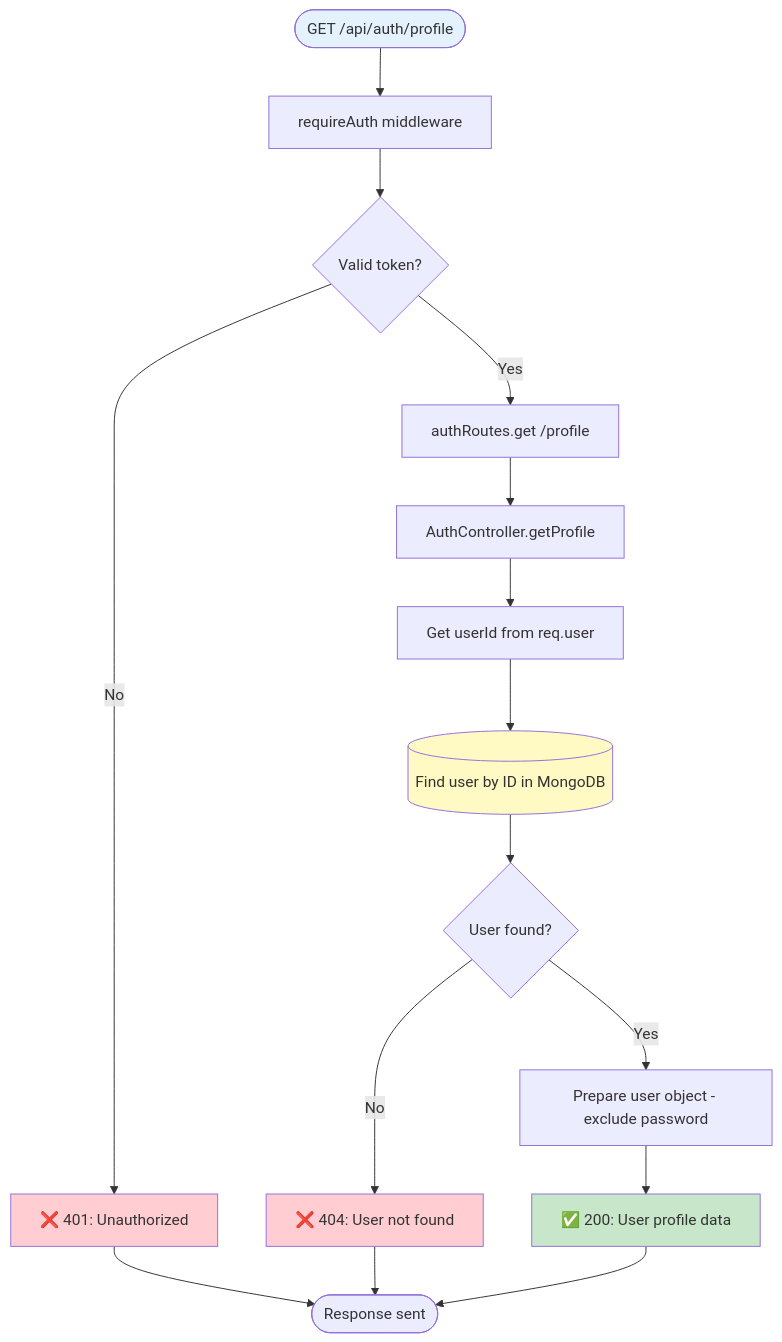
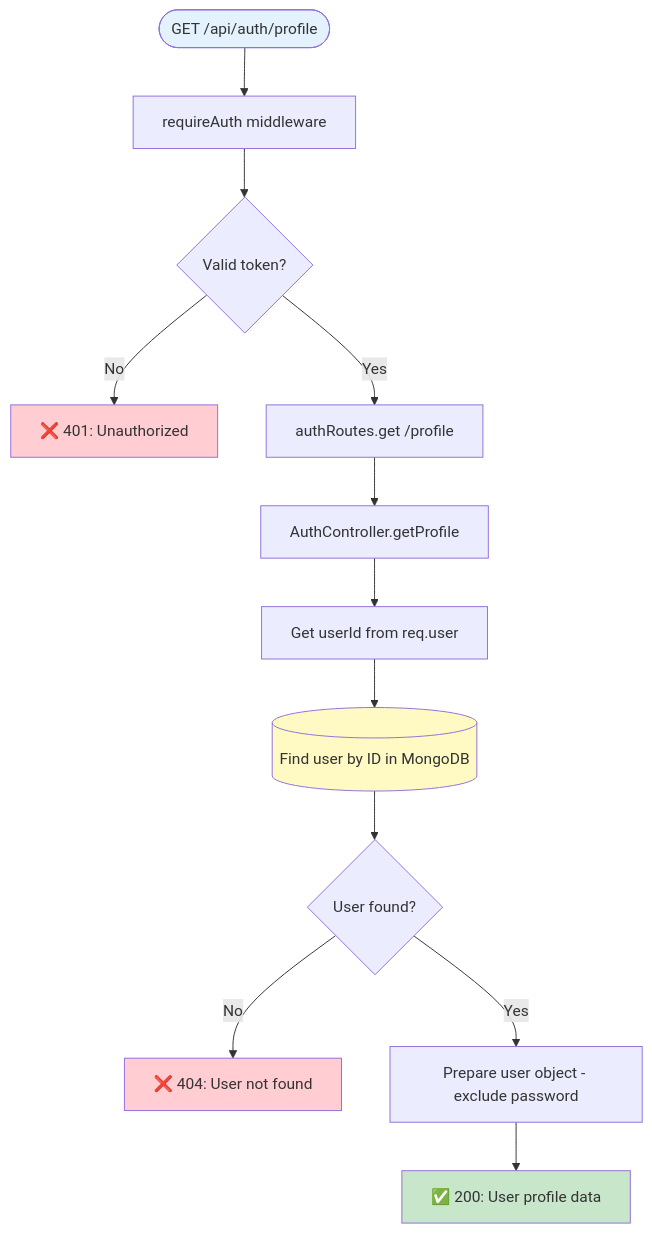
One commit to shmuelkapiloff/simple- changed the fifth of 26 diagrams in docs/SERVER_ENDPOINTS_MAP.md. Above: the diagram before and after it, drawn with Mermaid. The commit also changed other lines of this file, not shown here.

Commit message:
fix: Remove End nodes from flowcharts to fix GitHub Mermaid rendering

````diff
--- a/docs/SERVER_ENDPOINTS_MAP.md
+++ b/docs/SERVER_ENDPOINTS_MAP.md
@@ -267,26 +249,23 @@
 ```mermaid
 flowchart TD
     Request([GET /api/auth/profile]) --> RequireAuth[requireAuth middleware]
     RequireAuth --> CheckToken{Valid token?}
     CheckToken -->|No| Return401["❌ 401: Unauthorized"]
     CheckToken -->|Yes| RouteHandler[authRoutes.get /profile]
     
     RouteHandler --> Controller[AuthController.getProfile]
     Controller --> GetUserId[Get userId from req.user]
     GetUserId --> FindUser[(Find user by ID in MongoDB)]
     
     FindUser --> UserExists{User found?}
     UserExists -->|No| Return404["❌ 404: User not found"]
     UserExists -->|Yes| PrepareResponse[Prepare user object - exclude password]
     PrepareResponse --> Return200["✅ 200: User profile data"]
     
-    Return401 --> End([Response sent])
-    Return404 --> End
-    Return200 --> End
     
     style Request fill:#e3f2fd
     style Return200 fill:#c8e6c9
     style Return401 fill:#ffcdd2
     style Return404 fill:#ffcdd2
     style FindUser fill:#fff9c4
 ```
````
